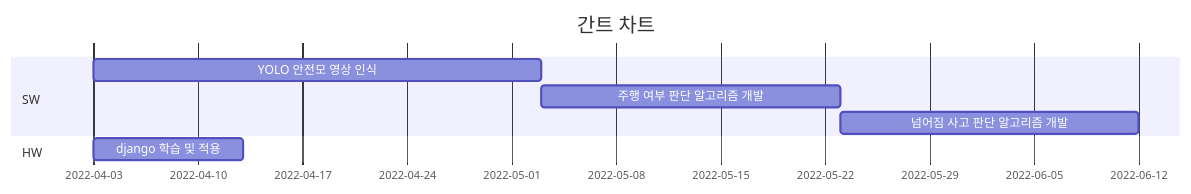
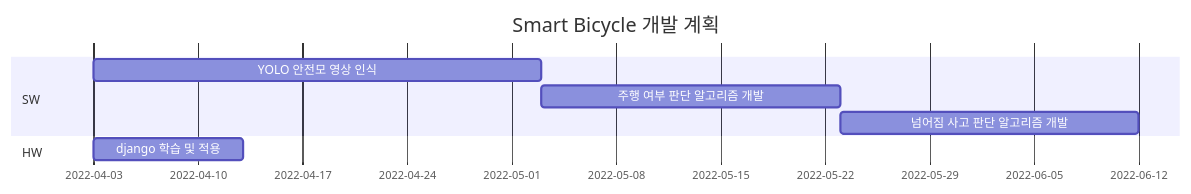
Before and after one commit to bonawoo/capstone_1: the diagram in README.md, drawn with Mermaid.

````diff
--- a/README.md
+++ b/README.md
@@ -8,13 +8,13 @@
 ```mermaid
 gantt
-    title 간트 차트
+    title Smart Bicycle 개발 계획
     dateFormat  YYYY-MM-DD
 
     section SW
     YOLO 안전모 영상 인식     :a1,2022-04-03  , 30d
     주행 여부 판단 알고리즘 개발 : a2, after a1,  20d
     넘어짐 사고 판단 알고리즘 개발 :after a2 , 20d
 
     section HW
     django 학습 및 적용 : b1,2022-04-03 , 10d
 ```
````
